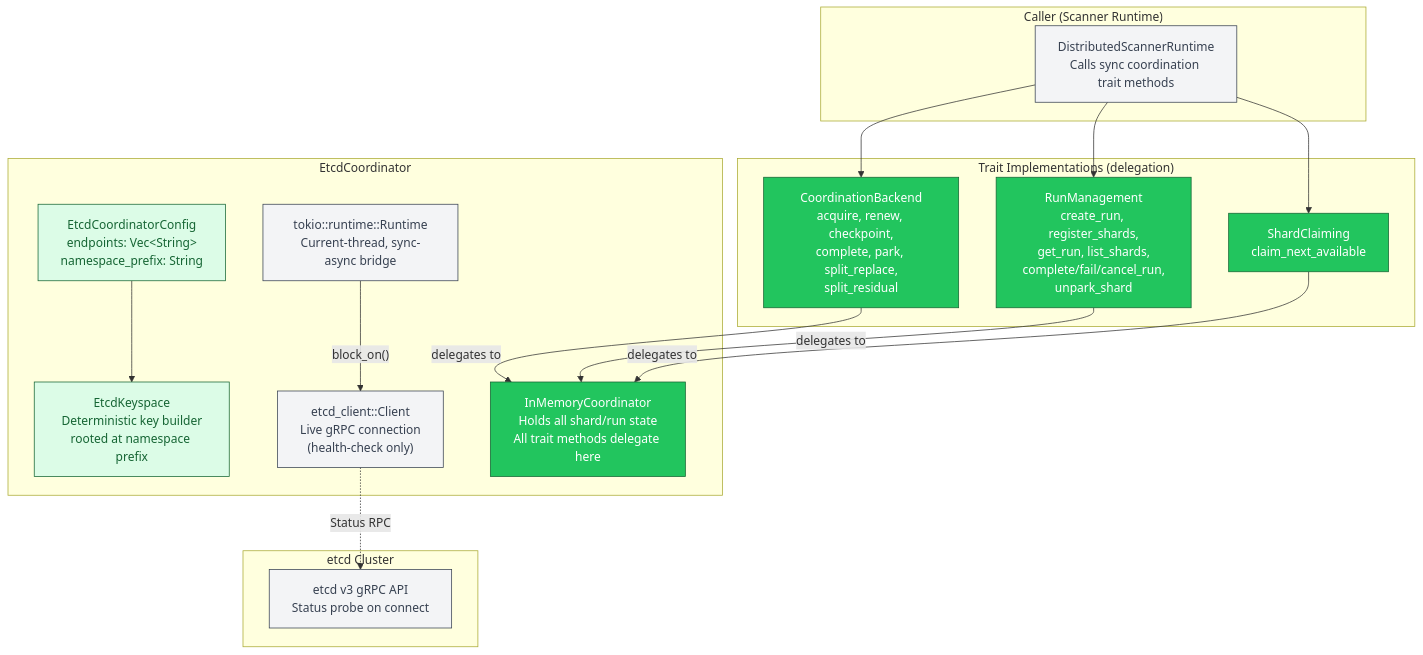
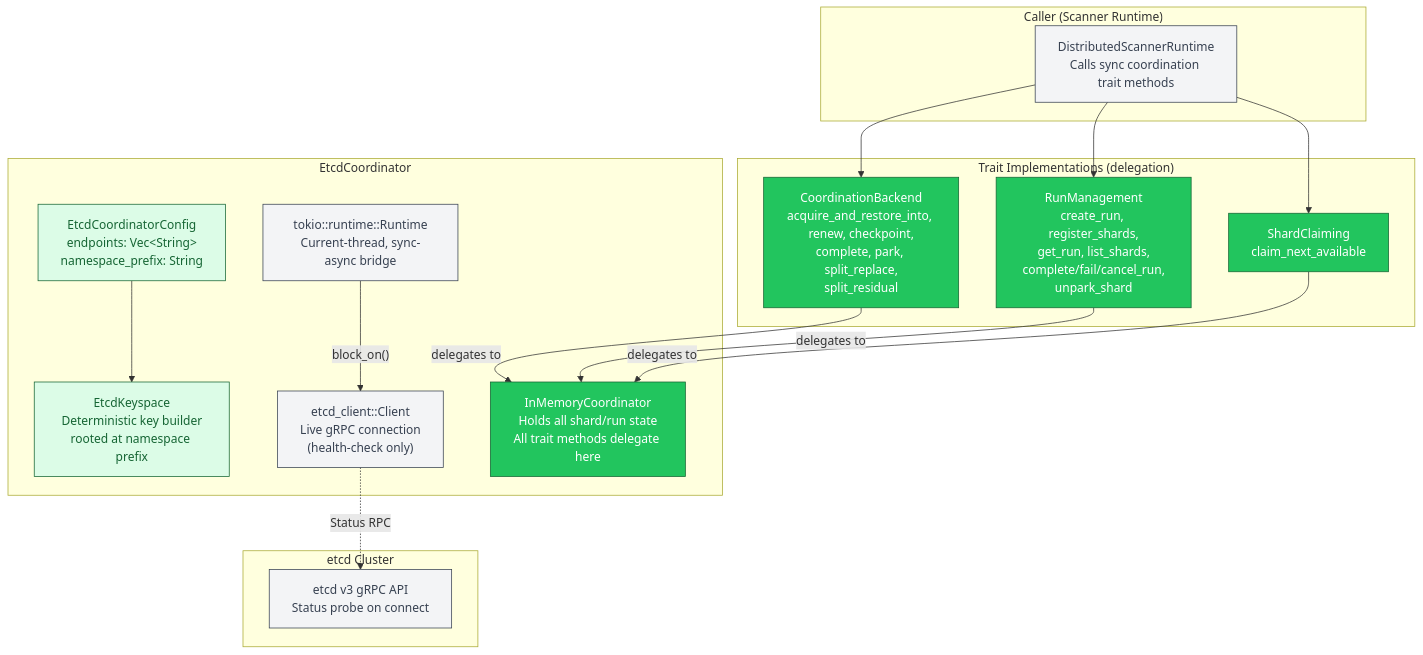
Before and after one commit to ahrav/Gossip-rs: the first of 6 diagrams in diagrams/20-etcd-coordinator-persistence.md, drawn with Mermaid. The commit also changed other lines of this file and 2 other files, not shown here.

Commit message:
Update doc-code-audit skill and diagram paths
- Fix code fence language markers (`text`/`yaml`)
- Update all relative paths to use `crates/` and `docs/` prefixes
- Correct dependency directions in system overview diagram
- Replace `acquire` with `acquire_and_restore_into` in
  CoordinationBackend trait descriptions
- Add `simulation-harness.md` to coordination scope in audit skill
- Include `00-README.md` in full audit mode diagram collection

````diff
--- a/diagrams/20-etcd-coordinator-persistence.md
+++ b/diagrams/20-etcd-coordinator-persistence.md
@@ -41,51 +41,51 @@
 ```mermaid
 %% Diagram: etcd-backend-architecture
 graph TB
     subgraph caller ["Caller (Scanner Runtime)"]
         SR["DistributedScannerRuntime<br/>Calls sync coordination trait methods"]
     end
 
     subgraph etcd_coord ["EtcdCoordinator"]
         CONFIG["EtcdCoordinatorConfig<br/>endpoints: Vec&lt;String&gt;<br/>namespace_prefix: String"]
         KS["EtcdKeyspace<br/>Deterministic key builder<br/>rooted at namespace prefix"]
         RT["tokio::runtime::Runtime<br/>Current-thread, sync-async bridge"]
         CLIENT["etcd_client::Client<br/>Live gRPC connection<br/>(health-check only)"]
         DELEGATE["InMemoryCoordinator<br/>Holds all shard/run state<br/>All trait methods delegate here"]
     end
 
     subgraph traits_impl ["Trait Implementations (delegation)"]
-        CB["CoordinationBackend<br/>acquire, renew, checkpoint,<br/>complete, park, split_replace,<br/>split_residual"]
+        CB["CoordinationBackend<br/>acquire_and_restore_into, renew, checkpoint,<br/>complete, park, split_replace,<br/>split_residual"]
         RM["RunManagement<br/>create_run, register_shards,<br/>get_run, list_shards,<br/>complete/fail/cancel_run,<br/>unpark_shard"]
         SC["ShardClaiming<br/>claim_next_available"]
     end
 
     subgraph etcd_cluster ["etcd Cluster"]
         ETCD["etcd v3 gRPC API<br/>Status probe on connect"]
     end
 
     SR --> CB
     SR --> RM
     SR --> SC
 
     CB -->|"delegates to"| DELEGATE
     RM -->|"delegates to"| DELEGATE
     SC -->|"delegates to"| DELEGATE
 
     CONFIG --> KS
     RT -->|"block_on()"| CLIENT
     CLIENT -.->|"Status RPC"| ETCD
 
     style SR fill:#F3F4F6,stroke:#374151,color:#374151
 
     style CONFIG fill:#DCFCE7,stroke:#166534,color:#166534
     style KS fill:#DCFCE7,stroke:#166534,color:#166534
     style RT fill:#F3F4F6,stroke:#374151,color:#374151
     style CLIENT fill:#F3F4F6,stroke:#374151,color:#374151
     style DELEGATE fill:#22C55E,stroke:#166534,color:#FFF
 
     style CB fill:#22C55E,stroke:#166534,color:#FFF
     style RM fill:#22C55E,stroke:#166534,color:#FFF
     style SC fill:#22C55E,stroke:#166534,color:#FFF
 
     style ETCD fill:#F3F4F6,stroke:#374151,color:#374151
 ```
````
